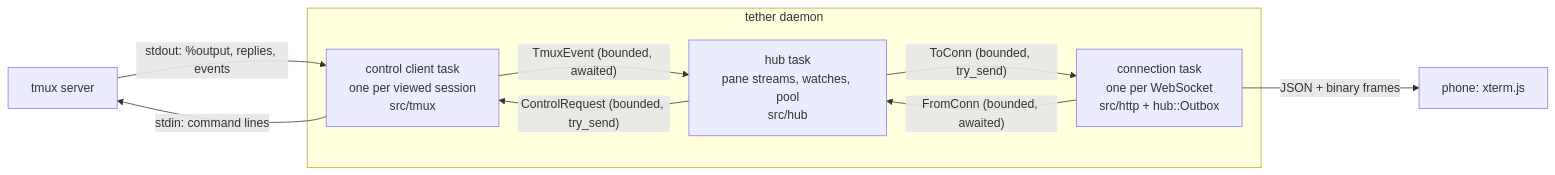
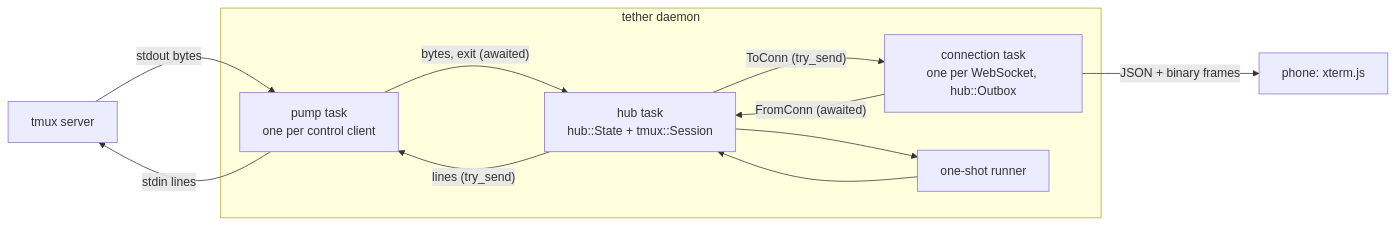
Before and after one commit to haowjy/tether: the first of 4 diagrams in docs/design/daemon-core.md, drawn with Mermaid. The commit also changed other lines of this file and 10 other files, not shown here.

````diff
--- a/docs/design/daemon-core.md
+++ b/docs/design/daemon-core.md
@@ -21,17 +21,20 @@
 ```mermaid
 flowchart LR
   tmux["tmux server"]
   subgraph daemon["tether daemon"]
-    cc["control client task<br/>one per viewed session<br/>src/tmux"]
-    hub["hub task<br/>pane streams, watches, pool<br/>src/hub"]
-    conn["connection task<br/>one per WebSocket<br/>src/http + hub::Outbox"]
+    pump["pump task<br/>one per control client"]
+    hub["hub task<br/>hub::State + tmux::Session"]
+    conn["connection task<br/>one per WebSocket, hub::Outbox"]
+    oneshot["one-shot runner"]
   end
   phone["phone: xterm.js"]
-  tmux -- "stdout: %output, replies, events" --> cc
-  cc -- "stdin: command lines" --> tmux
-  cc -- "TmuxEvent (bounded, awaited)" --> hub
-  hub -- "ControlRequest (bounded, try_send)" --> cc
-  conn -- "FromConn (bounded, awaited)" --> hub
-  hub -- "ToConn (bounded, try_send)" --> conn
+  tmux -- "stdout bytes" --> pump
+  pump -- "stdin lines" --> tmux
+  pump -- "bytes, exit (awaited)" --> hub
+  hub -- "lines (try_send)" --> pump
+  hub --> oneshot
+  oneshot --> hub
+  conn -- "FromConn (awaited)" --> hub
+  hub -- "ToConn (try_send)" --> conn
   conn -- "JSON + binary frames" --> phone
 ```
````
